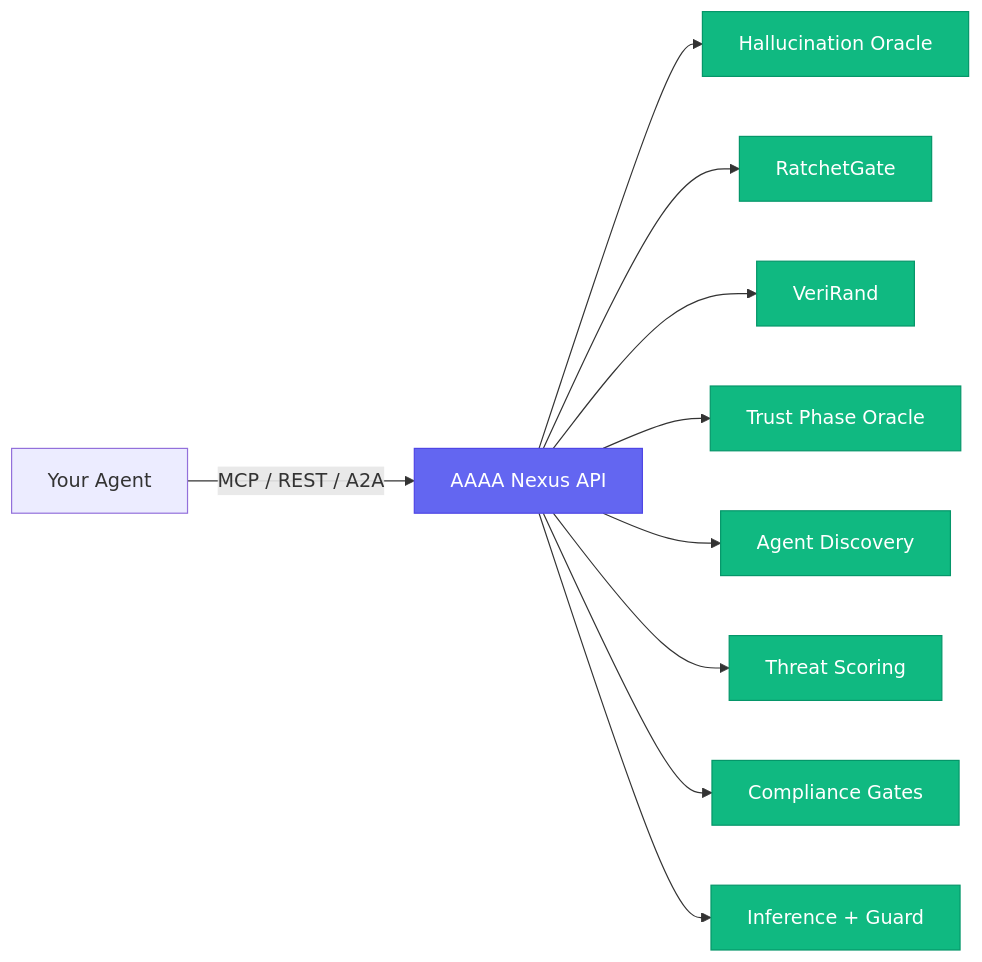
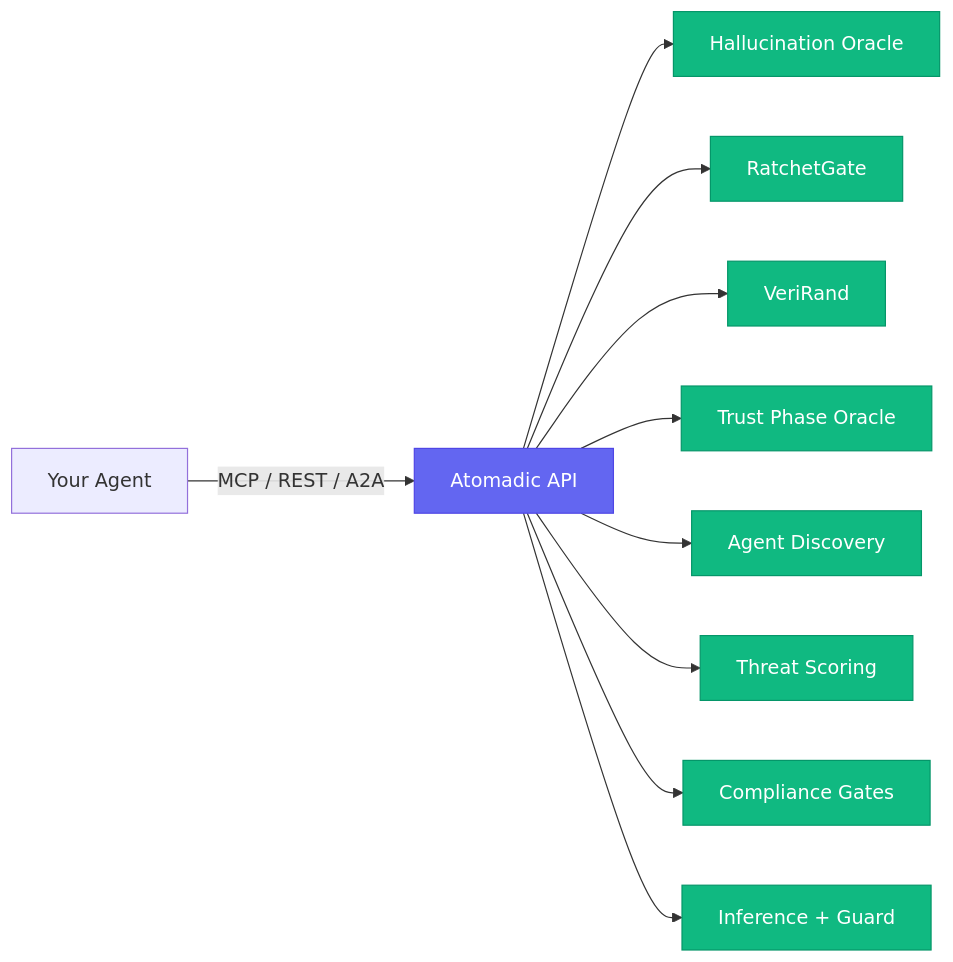
One commit to atomadictech/aaaa-nexus changed the second of 2 diagrams in README.md. Above: the diagram before and after it, drawn with Mermaid. The commit also changed other lines of this file and 25 other files, not shown here.

````diff
--- a/README.md
+++ b/README.md
@@ -112,22 +112,22 @@
 ```mermaid
 graph LR
-    A[Your Agent] -->|MCP / REST / A2A| B[AAAA Nexus API]
+    A[Your Agent] -->|MCP / REST / A2A| B[Atomadic API]
     B --> C[Hallucination Oracle]
     B --> D[RatchetGate]
     B --> E[VeriRand]
     B --> F[Trust Phase Oracle]
     B --> G[Agent Discovery]
     B --> H[Threat Scoring]
     B --> I[Compliance Gates]
     B --> J[Inference + Guard]
 
     style B fill:#6366f1,stroke:#4f46e5,color:#fff
     style C fill:#10b981,stroke:#059669,color:#fff
     style D fill:#10b981,stroke:#059669,color:#fff
     style E fill:#10b981,stroke:#059669,color:#fff
     style F fill:#10b981,stroke:#059669,color:#fff
     style G fill:#10b981,stroke:#059669,color:#fff
     style H fill:#10b981,stroke:#059669,color:#fff
     style I fill:#10b981,stroke:#059669,color:#fff
     style J fill:#10b981,stroke:#059669,color:#fff
 ```
````
